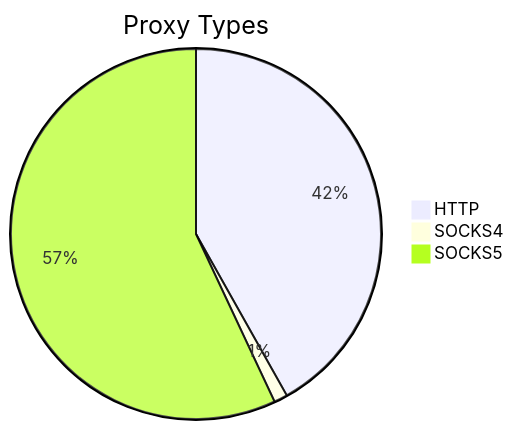
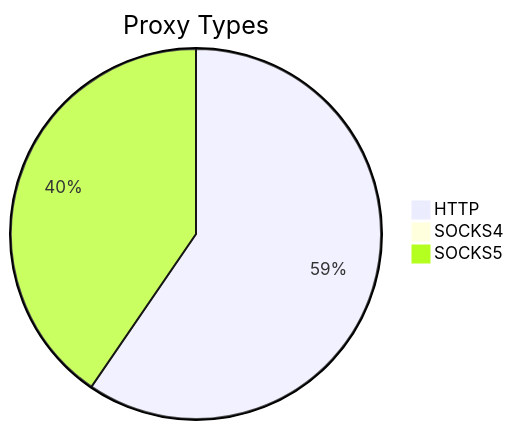
Before and after one commit to stormsia/proxy-list: the first of 2 diagrams in README.md, drawn with Mermaid. The commit also changed other lines of this file, not shown here.

````diff
--- a/README.md
+++ b/README.md
@@ -21,6 +21,6 @@
 ```mermaid
 pie title Proxy Types
-    "HTTP" : 213
-    "SOCKS4" : 6
-    "SOCKS5" : 290
+    "HTTP" : 346
+    "SOCKS4" : 4
+    "SOCKS5" : 235
 ```
````
